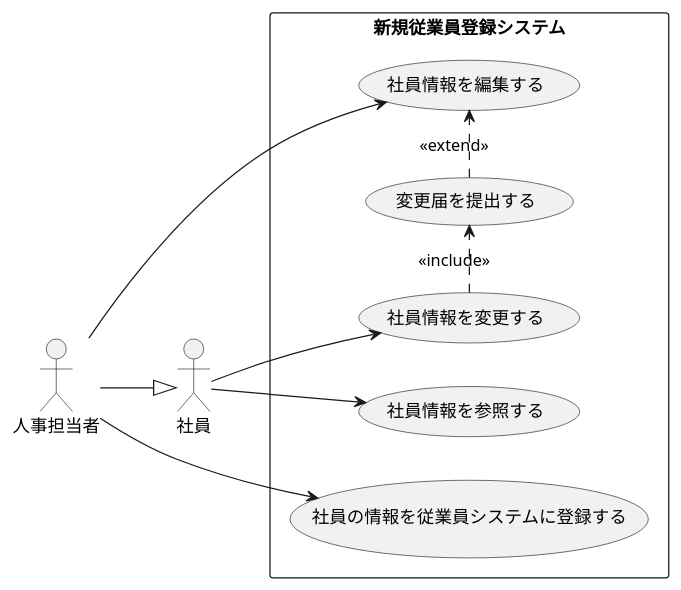
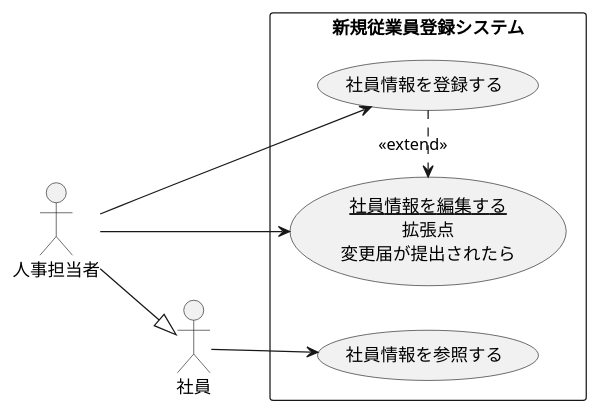
One commit to s-takaki22/uml-introduction changed the diagram in 演習2-6_盛岡システム_従業員登録システム.pu. Above: the diagram before and after it, drawn with PlantUML. The commit also changed 1 other file, not shown here.

```diff
--- a/演習2-6_盛岡システム_従業員登録システム.pu
+++ b/演習2-6_盛岡システム_従業員登録システム.pu
@@ -1,19 +1,15 @@
 @startuml
 left to right direction
 actor 社員
 actor 人事担当者
 rectangle 新規従業員登録システム{
-usecase 社員の情報を従業員システムに登録する
+usecase 社員情報を登録する
 usecase 社員情報を参照する
-usecase 社員情報を変更する
-usecase 変更届を提出する as input
-usecase 社員情報を編集する
+usecase (<u>社員情報を編集する</u>\n拡張点\n変更届が提出されたら) as edit
 }
 人事担当者 --|> 社員
 社員 --> 社員情報を参照する
-社員 --> 社員情報を変更する
-input .> 社員情報を編集する : <<extend>>
-社員情報を変更する .> input : <<include>>
-人事担当者 --> 社員の情報を従業員システムに登録する
-人事担当者 --> 社員情報を編集する
+人事担当者 --> 社員情報を登録する
+社員情報を登録する .> edit : <<extend>>
+人事担当者 --> edit
 @enduml
```
